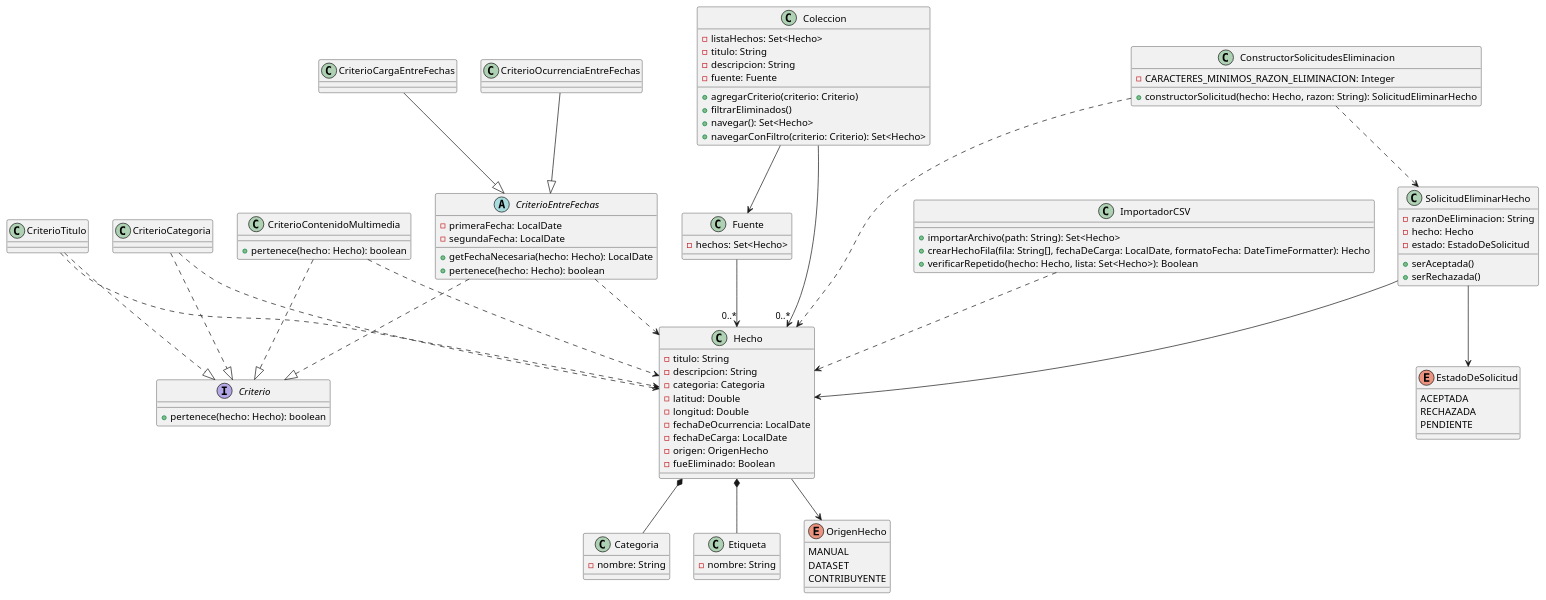
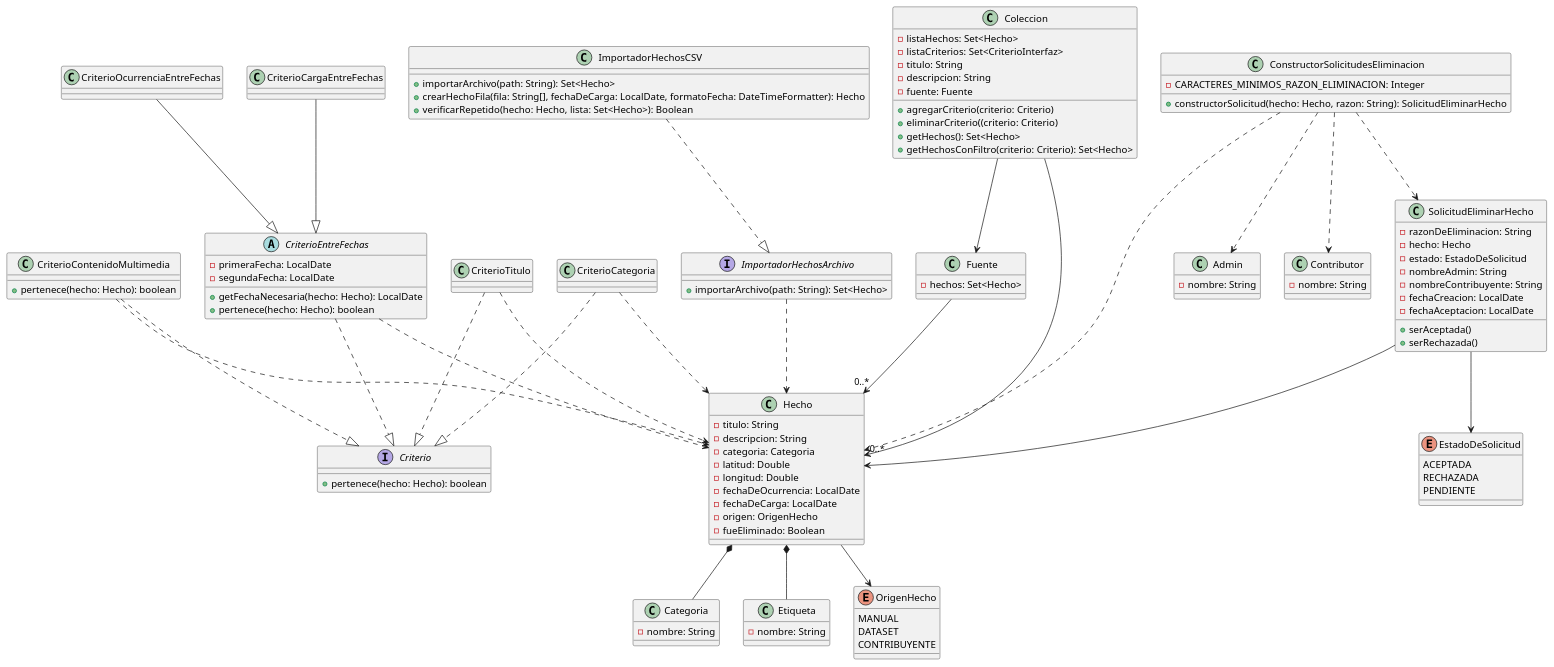
The diagram in diagramas/diagramaClases.puml (nicoScatolon/ddsi-tp-2025), drawn with PlantUML before and after one commit. The commit also changed 16 other files, not shown here.

```diff
--- a/diagramas/diagramaClases.puml
+++ b/diagramas/diagramaClases.puml
@@ -1,140 +1,161 @@
 @startuml
 'https://plantuml.com/class-diagram
 
 
 
 interface Criterio {
     +pertenece(hecho: Hecho): boolean
 }
 
 
 abstract class CriterioEntreFechas {
     -primeraFecha: LocalDate
     -segundaFecha: LocalDate
     +getFechaNecesaria(hecho: Hecho): LocalDate
     +pertenece(hecho: Hecho): boolean
 }
 
 class CriterioCargaEntreFechas {
 
 }
 
 class CriterioOcurrenciaEntreFechas {
 
 }
 
 class CriterioTitulo{
 }
 class CriterioCategoria{
 }
 
 
 class CriterioContenidoMultimedia {
     +pertenece(hecho: Hecho): boolean
 }
 
 
 class Hecho {
     -titulo: String
     -descripcion: String
     -categoria: Categoria
     -latitud: Double
     -longitud: Double
     -fechaDeOcurrencia: LocalDate
     -fechaDeCarga: LocalDate
     -origen: OrigenHecho
     -fueEliminado: Boolean
 }
 
 class Categoria {
     -nombre: String
 }
 
 class Etiqueta {
     -nombre: String
 }
 
 class Coleccion {
     -listaHechos: Set<Hecho>
+    -listaCriterios: Set<CriterioInterfaz>
     -titulo: String
     -descripcion: String
     -fuente: Fuente
     +agregarCriterio(criterio: Criterio)
-    +filtrarEliminados()
-    +navegar(): Set<Hecho>
-    +navegarConFiltro(criterio: Criterio): Set<Hecho>
+    +eliminarCriterio((criterio: Criterio)
+    +getHechos(): Set<Hecho>
+    +getHechosConFiltro(criterio: Criterio): Set<Hecho>
 }
 
 class Fuente {
     -hechos: Set<Hecho>
 }
 
 enum OrigenHecho {
     MANUAL
     DATASET
     CONTRIBUYENTE
 }
 
 
 class ConstructorSolicitudesEliminacion {
     -CARACTERES_MINIMOS_RAZON_ELIMINACION: Integer
     +constructorSolicitud(hecho: Hecho, razon: String): SolicitudEliminarHecho
 }
 
 class SolicitudEliminarHecho {
     -razonDeEliminacion: String
     -hecho: Hecho
     -estado: EstadoDeSolicitud
+    -nombreAdmin: String
+    -nombreContribuyente: String
+    -fechaCreacion: LocalDate
+    -fechaAceptacion: LocalDate
+
+
     +serAceptada()
     +serRechazada()
 }
 
 enum EstadoDeSolicitud {
     ACEPTADA
     RECHAZADA
     PENDIENTE
 }
 
+interface ImportadorHechosArchivo{
+    +importarArchivo(path: String): Set<Hecho>
+}
 
-class ImportadorCSV {
+class ImportadorHechosCSV {
     +importarArchivo(path: String): Set<Hecho>
     +crearHechoFila(fila: String[], fechaDeCarga: LocalDate, formatoFecha: DateTimeFormatter): Hecho
     +verificarRepetido(hecho: Hecho, lista: Set<Hecho>): Boolean
+}
+
+class Admin{
+    - nombre: String
+}
+
+class Contributor{
+    - nombre: String
 }
 
 
 '==================== RELACIONES ====================
 
 CriterioCategoria ..|> Criterio
 CriterioTitulo ..|> Criterio
 CriterioEntreFechas ..|> Criterio
 CriterioCargaEntreFechas --|> CriterioEntreFechas
 CriterioOcurrenciaEntreFechas --|> CriterioEntreFechas
 CriterioContenidoMultimedia ..|> Criterio
 
 
 Hecho *-- Categoria
 Hecho *-- Etiqueta
 
 
 Coleccion --> Fuente
 Coleccion --> "0..*" Hecho
 
 Fuente --> "0..*" Hecho
 
 SolicitudEliminarHecho --> Hecho
 SolicitudEliminarHecho --> EstadoDeSolicitud
-
+ImportadorHechosCSV ..|> ImportadorHechosArchivo
 Hecho --> OrigenHecho
 
 CriterioEntreFechas ..> Hecho
 CriterioContenidoMultimedia ..> Hecho
 CriterioCategoria ..> Hecho
 CriterioTitulo ..> Hecho
-ImportadorCSV ..> Hecho
+ImportadorHechosArchivo ..> Hecho
+
 
 
 ConstructorSolicitudesEliminacion ..> SolicitudEliminarHecho
 ConstructorSolicitudesEliminacion ..> Hecho
+ConstructorSolicitudesEliminacion ..> Admin
+ConstructorSolicitudesEliminacion ..> Contributor
 
 @enduml
```
